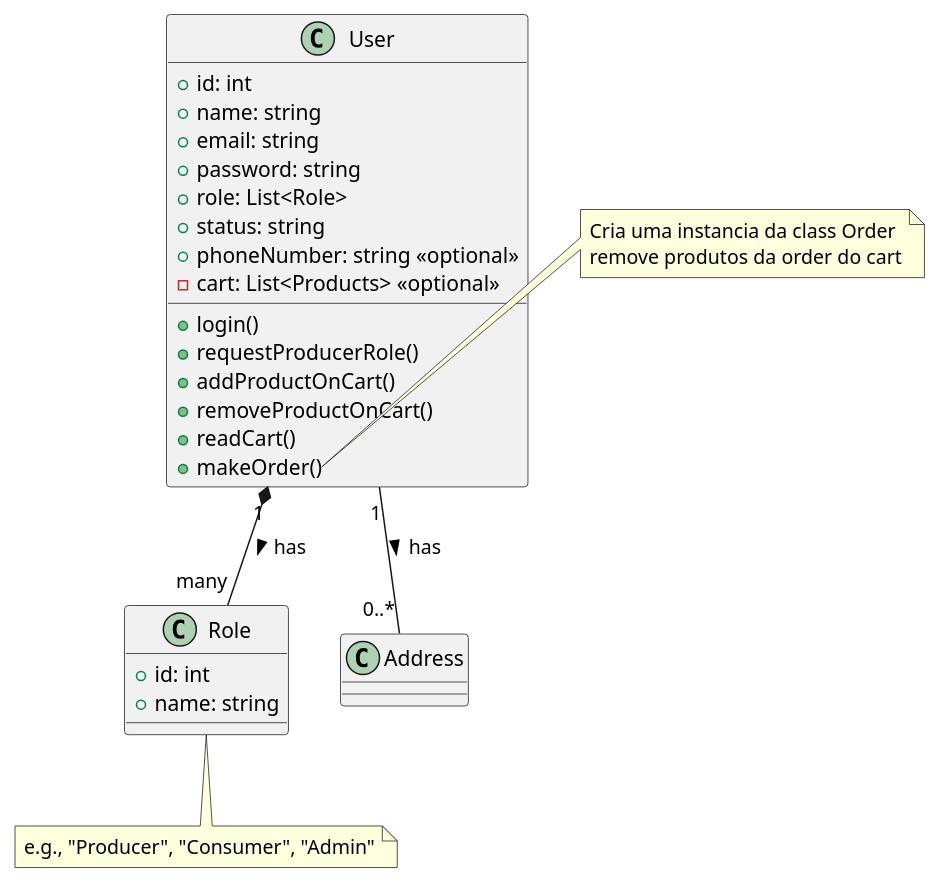
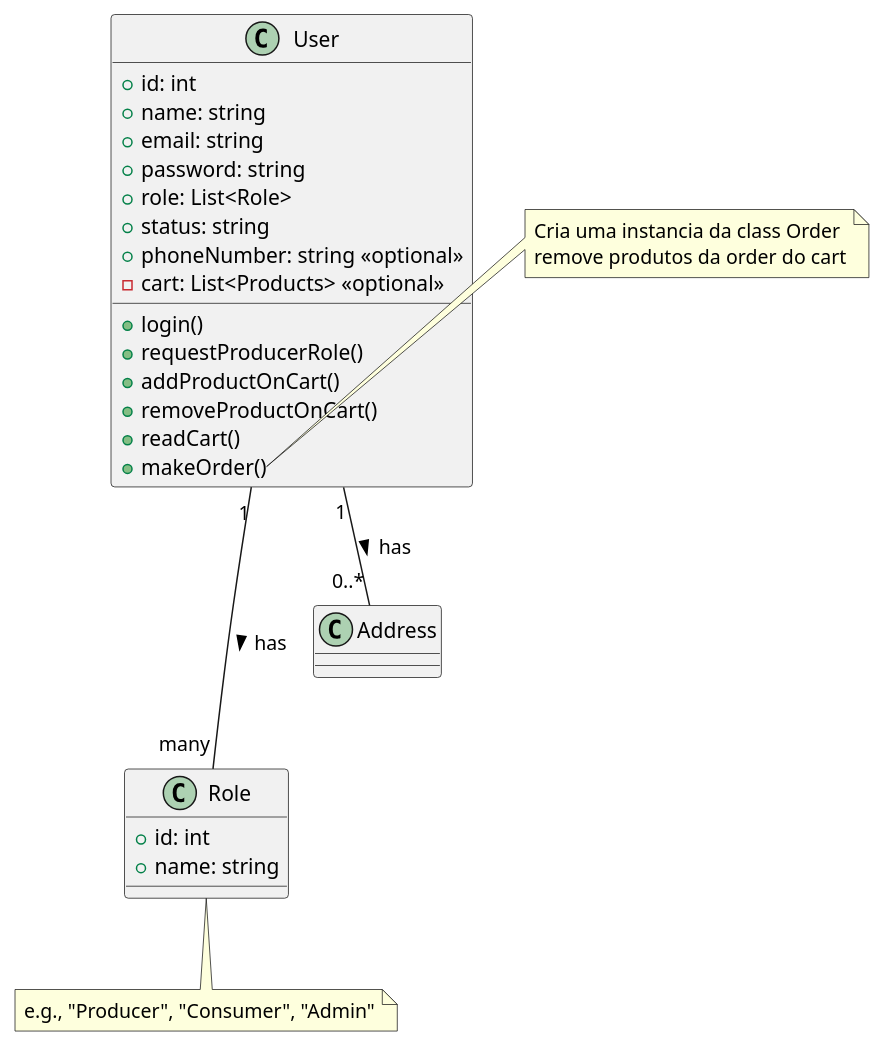
Before and after one commit to bruflor/comercio-vizinho: the diagram in docs/diagrams/classes/User.puml, drawn with PlantUML.

Commit message:
Fixing relation

```diff
--- a/docs/diagrams/classes/User.puml
+++ b/docs/diagrams/classes/User.puml
@@ -1,41 +1,41 @@
 @startuml
 'https://plantuml.com/class-diagram
 
 class User {
     + id: int
     + name: string
     + email: string
     + password: string
     + role: List<Role>
     + status: string
     + phoneNumber: string <<optional>>
     - cart: List<Products> <<optional>>
 
     + login()
     + requestProducerRole()
     + addProductOnCart()
     + removeProductOnCart()
     + readCart()
     + makeOrder()
 }
 
 note right of User::makeOrder
    Cria uma instancia da class Order
    remove produtos da order do cart
 end note
 
 ' Role Class
 class Role {
     + id: int
     + name: string
 }
 
 note bottom of Role: e.g., "Producer", "Consumer", "Admin"
 
 ' User-Address Relationship
 User "1" -- "0..*" Address : has >
 
 ' User-Role Relationship
-User "1" *-- "many" Role : has >
+User "1" --- "many" Role : has >
 
 @enduml
```
